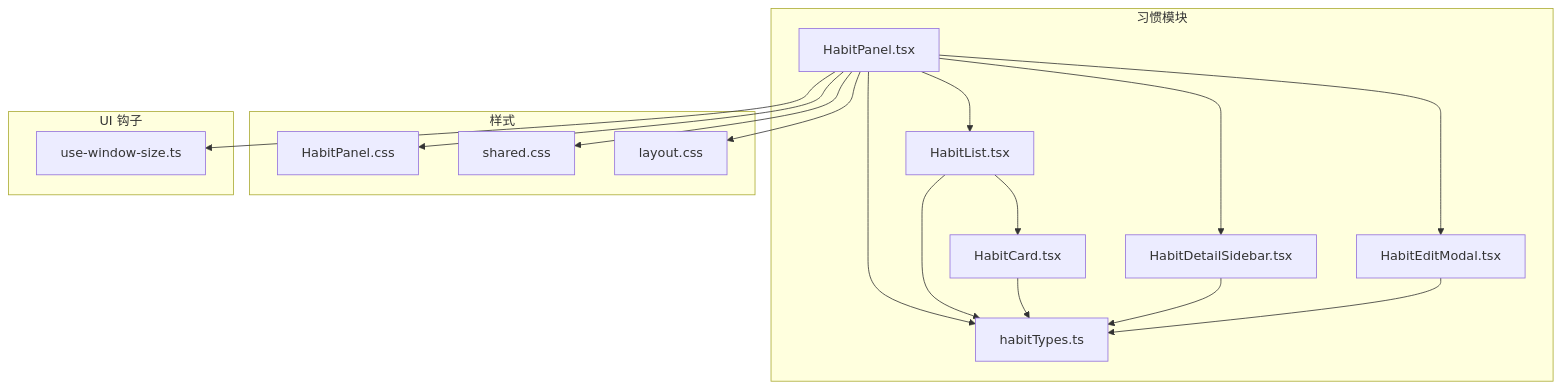
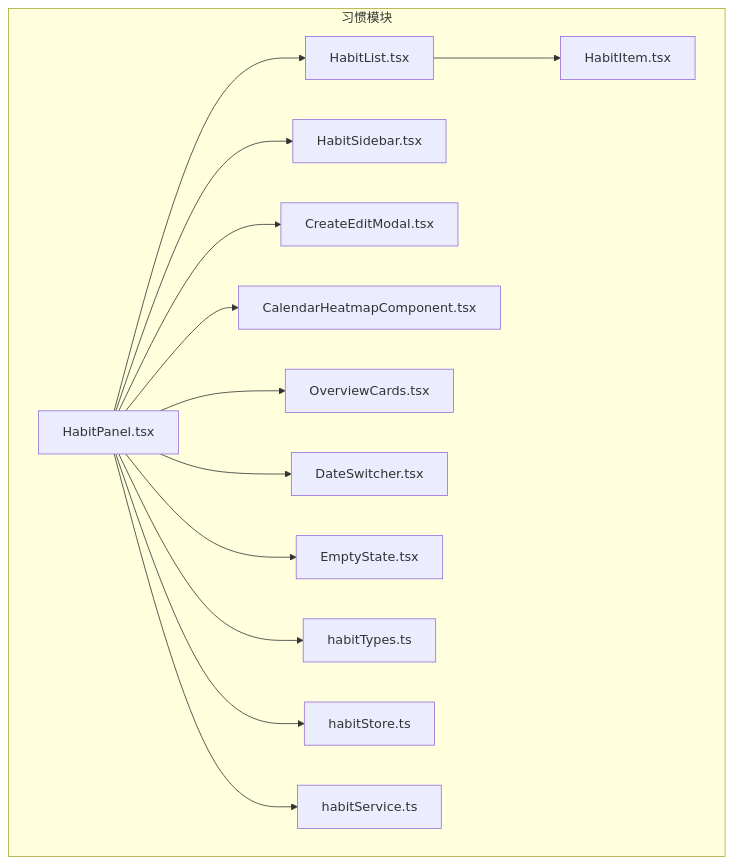
The first of 8 diagrams in .qoder/repowiki/zh/content/核心功能模块/习惯追踪系统.md (gzdxhujiale/FishWorker), drawn with Mermaid before and after one commit. The commit also changed other lines of this file and 19 other files, not shown here.

````diff
--- a/.qoder/repowiki/zh/content/核心功能模块/习惯追踪系统.md
+++ b/.qoder/repowiki/zh/content/核心功能模块/习惯追踪系统.md
@@ -43,32 +56,28 @@
 ```mermaid
 graph TB
 subgraph "习惯模块"
 HP["HabitPanel.tsx"]
 HL["HabitList.tsx"]
-HC["HabitCard.tsx"]
-HDS["HabitDetailSidebar.tsx"]
-HEM["HabitEditModal.tsx"]
+HI["HabitItem.tsx"]
+HS["HabitSidebar.tsx"]
+CEM["CreateEditModal.tsx"]
+CHC["CalendarHeatmapComponent.tsx"]
+OC["OverviewCards.tsx"]
+DS["DateSwitcher.tsx"]
+ES["EmptyState.tsx"]
 HT["habitTypes.ts"]
-end
-subgraph "样式"
-CSS_HP["HabitPanel.css"]
-CSS_SHARED["shared.css"]
-CSS_LAYOUT["layout.css"]
-end
-subgraph "UI 钩子"
-UWS["use-window-size.ts"]
+HST["habitStore.ts"]
+HSV["habitService.ts"]
 end
 HP --> HL
-HL --> HC
-HP --> HDS
-HP --> HEM
+HL --> HI
+HP --> HS
+HP --> CEM
+HP --> CHC
+HP --> OC
+HP --> DS
+HP --> ES
 HP --> HT
-HL --> HT
-HC --> HT
-HDS --> HT
-HEM --> HT
-HP --> CSS_HP
-HP --> CSS_SHARED
-HP --> CSS_LAYOUT
-HP --> UWS
+HP --> HST
+HP --> HSV
 ```
````
